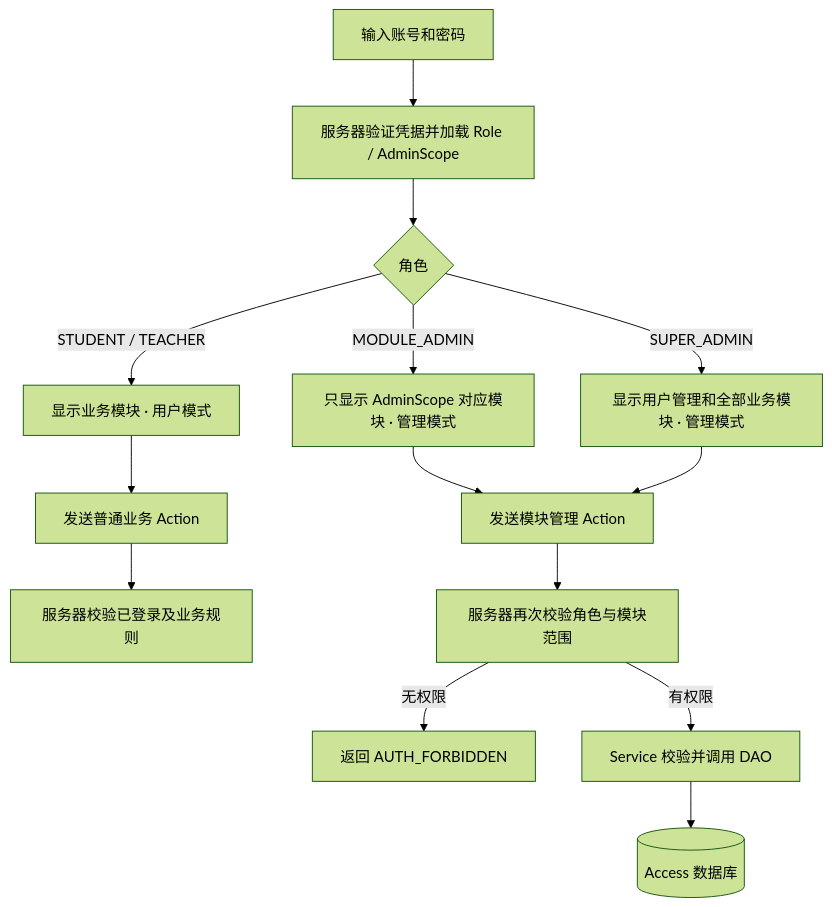
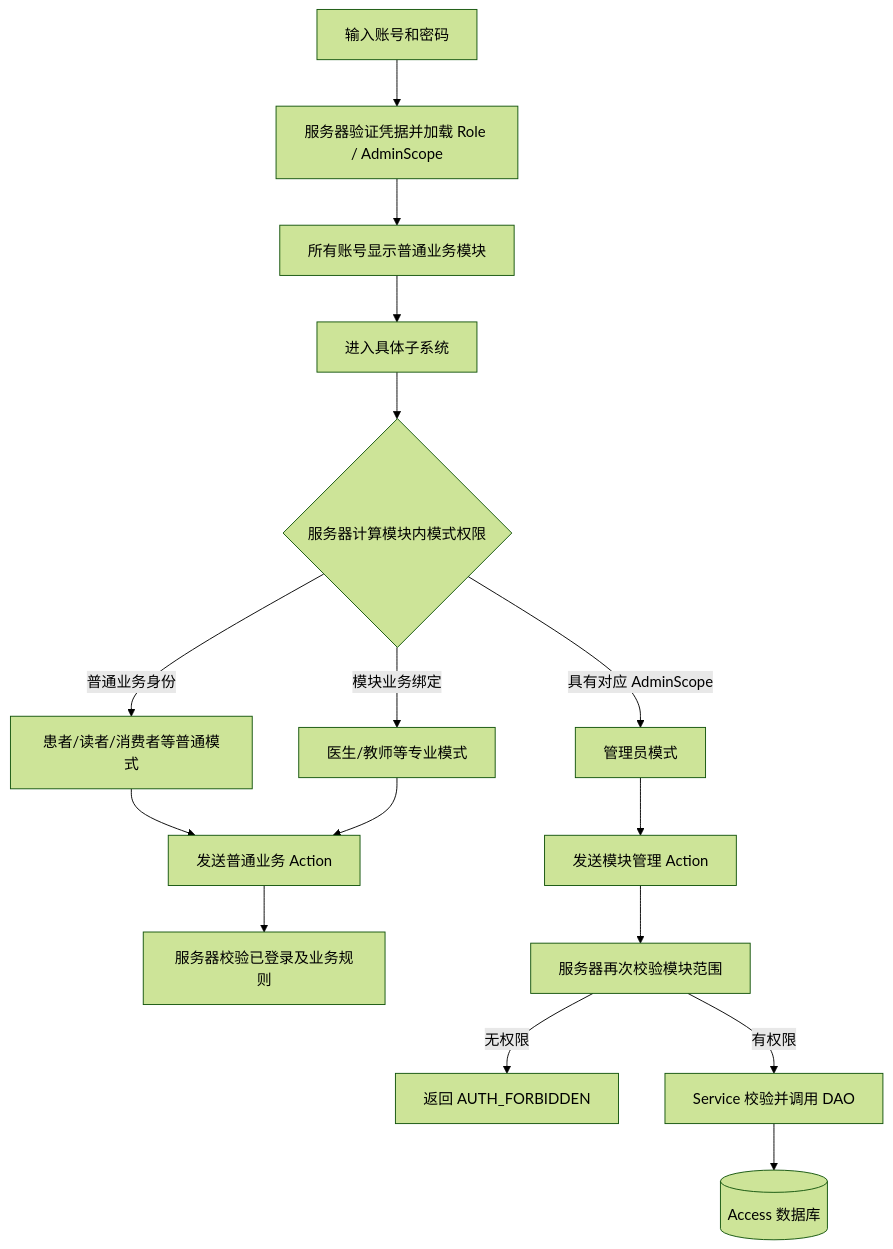
The third of 4 diagrams in docs/design/ADMIN_PERMISSION_AND_MODE.md (qlaxyy/JAVA-Campus-software), drawn with Mermaid (forest theme) before and after one commit. The commit also changed other lines of this file and 23 other files, not shown here.

````diff
--- a/docs/design/ADMIN_PERMISSION_AND_MODE.md
+++ b/docs/design/ADMIN_PERMISSION_AND_MODE.md
@@ -116,16 +116,18 @@
 ```mermaid
 flowchart TD
     A[输入账号和密码] --> B[服务器验证凭据并加载 Role / AdminScope]
-    B --> C{角色}
-    C -->|STUDENT / TEACHER| D[显示业务模块 · 用户模式]
-    C -->|MODULE_ADMIN| E[只显示 AdminScope 对应模块 · 管理模式]
-    C -->|SUPER_ADMIN| F[显示用户管理和全部业务模块 · 管理模式]
-    D --> G[发送普通业务 Action]
-    E --> H[发送模块管理 Action]
-    F --> H
-    G --> I[服务器校验已登录及业务规则]
-    H --> J[服务器再次校验角色与模块范围]
-    J -->|无权限| K[返回 AUTH_FORBIDDEN]
-    J -->|有权限| L[Service 校验并调用 DAO]
-    L --> M[(Access 数据库)]
+    B --> C[所有账号显示普通业务模块]
+    C --> D[进入具体子系统]
+    D --> E{服务器计算模块内模式权限}
+    E -->|普通业务身份| F[患者/读者/消费者等普通模式]
+    E -->|模块业务绑定| G[医生/教师等专业模式]
+    E -->|具有对应 AdminScope| H[管理员模式]
+    F --> I[发送普通业务 Action]
+    G --> I
+    H --> J[发送模块管理 Action]
+    I --> K[服务器校验已登录及业务规则]
+    J --> L[服务器再次校验模块范围]
+    L -->|无权限| M[返回 AUTH_FORBIDDEN]
+    L -->|有权限| N[Service 校验并调用 DAO]
+    N --> O[(Access 数据库)]
 ```
````
